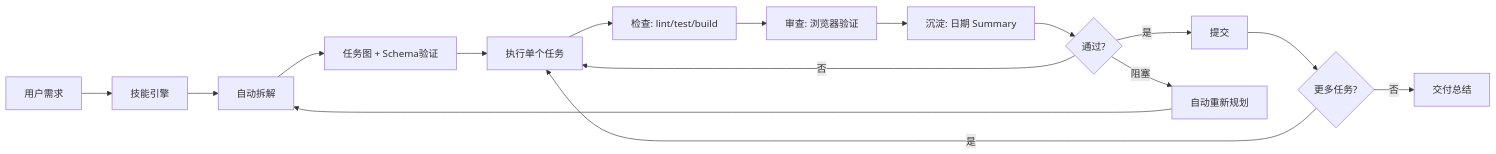
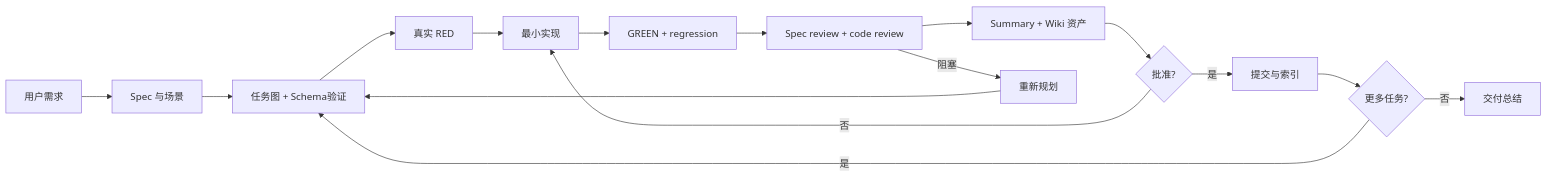
Before and after one commit to melonlee/show-me-code-autopilot: the diagram in README.zh-CN.md, drawn with Mermaid. The commit also changed other lines of this file and 25 other files, not shown here.

Commit message:
feat: add spec-driven wiki asset delivery runtime

````diff
--- a/README.zh-CN.md
+++ b/README.zh-CN.md
@@ -102,19 +112,18 @@
 ```mermaid
 flowchart LR
-    U[用户需求] --> S[技能引擎]
-    S --> P[自动拆解]
-    P --> T[任务图 + Schema验证]
-    T --> E[执行单个任务]
-    E --> C[检查: lint/test/build]
-    C --> R[审查: 浏览器验证]
-    R --> Y[沉淀: 日期 Summary]
-    Y --> V{通过?}
-    V -- 否 --> E
-    V -- 是 --> G[提交]
-    G --> M{更多任务?}
-    M -- 是 --> E
+    U[用户需求] --> S[Spec 与场景]
+    S --> P[任务图 + Schema验证]
+    P --> R[真实 RED]
+    R --> E[最小实现]
+    E --> G[GREEN + regression]
+    G --> V[Spec review + code review]
+    V --> W[Summary + Wiki 资产]
+    W --> A{批准?}
+    A -- 是 --> C[提交与索引]
+    A -- 否 --> E
+    C --> M{更多任务?}
+    M -- 是 --> P
     M -- 否 --> D[交付总结]
-
-    V -- 阻塞 --> B[自动重新规划]
+    V -- 阻塞 --> B[重新规划]
     B --> P
 ```
````
